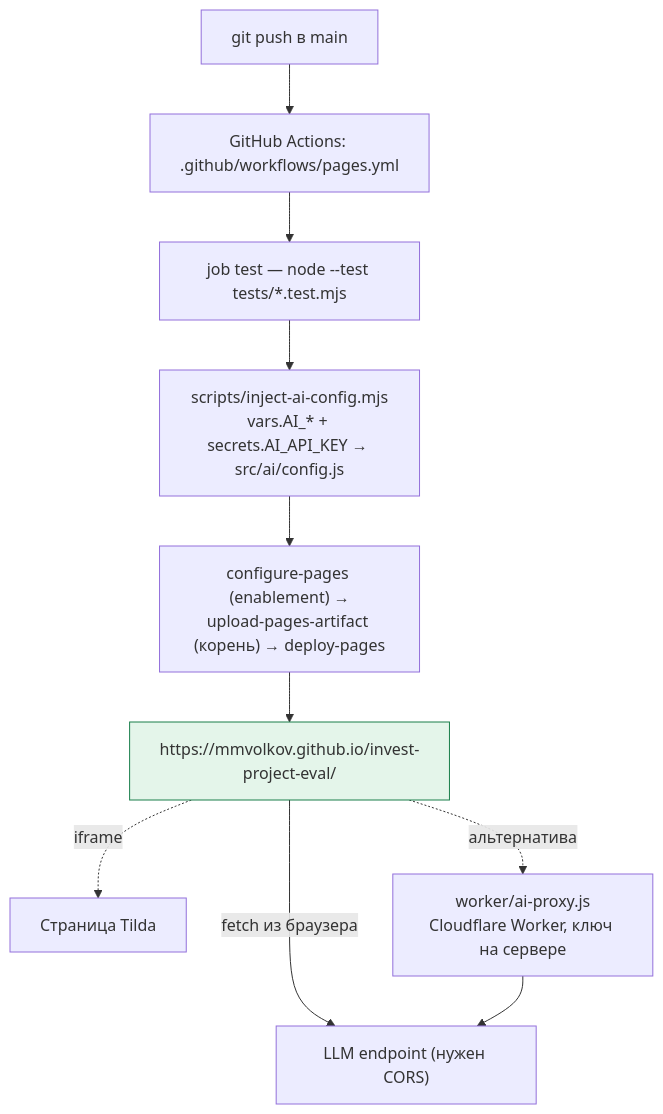
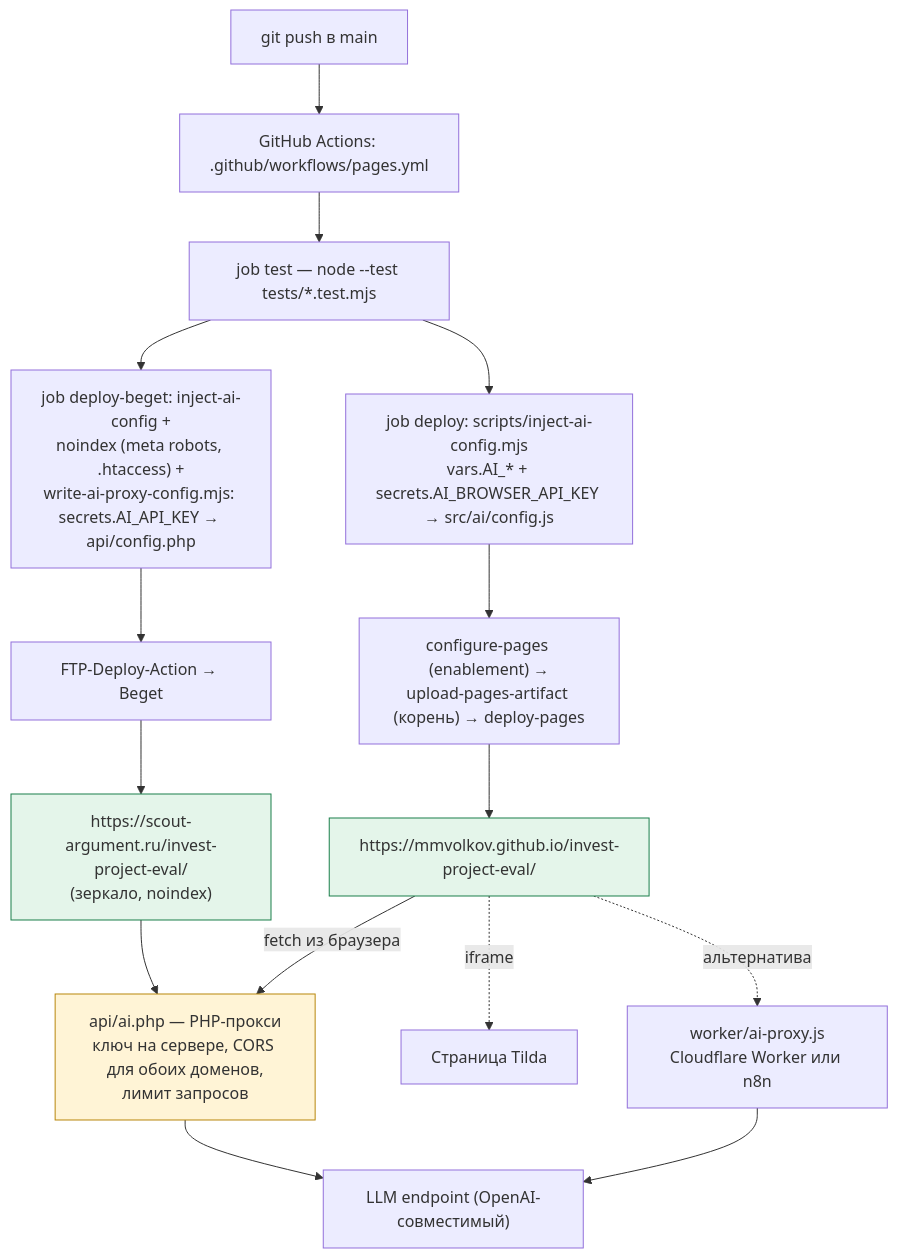
One commit to mmvolkov/invest-project-eval changed the diagram in docs/diagrams/t6-deploy.mmd. Above: the diagram before and after it, drawn with Mermaid. The commit also changed 10 other files, not shown here.

First line of the commit message:
Прокси ИИ api/ai.php на хостинге: ключ модели на сервере (#19)

```diff
--- a/docs/diagrams/t6-deploy.mmd
+++ b/docs/diagrams/t6-deploy.mmd
@@ -1,11 +1,18 @@
 flowchart TB
   DEV["git push в main"] --> GA["GitHub Actions: .github/workflows/pages.yml"]
   GA --> T["job test — node --test tests/*.test.mjs"]
-  T --> D1["scripts/inject-ai-config.mjs<br/>vars.AI_* + secrets.AI_API_KEY → src/ai/config.js"]
+  T --> D1["job deploy: scripts/inject-ai-config.mjs<br/>vars.AI_* + secrets.AI_BROWSER_API_KEY → src/ai/config.js"]
   D1 --> D2["configure-pages (enablement) →<br/>upload-pages-artifact (корень) → deploy-pages"]
   D2 --> SITE["https://mmvolkov.github.io/invest-project-eval/"]
+  T --> B1["job deploy-beget: inject-ai-config +<br/>noindex (meta robots, .htaccess) +<br/>write-ai-proxy-config.mjs: secrets.AI_API_KEY → api/config.php"]
+  B1 --> B2["FTP-Deploy-Action → Beget"]
+  B2 --> MIRROR["https://scout-argument.ru/invest-project-eval/<br/>(зеркало, noindex)"]
+  MIRROR --> PHP["api/ai.php — PHP-прокси<br/>ключ на сервере, CORS для обоих доменов,<br/>лимит запросов"]
+  SITE -->|"fetch из браузера"| PHP
+  PHP --> LLM["LLM endpoint (OpenAI-совместимый)"]
   SITE -.->|"iframe"| TILDA["Страница Tilda"]
-  SITE -->|"fetch из браузера"| LLM["LLM endpoint (нужен CORS)"]
-  SITE -.->|"альтернатива"| WK["worker/ai-proxy.js<br/>Cloudflare Worker, ключ на сервере"]
+  SITE -.->|"альтернатива"| WK["worker/ai-proxy.js<br/>Cloudflare Worker или n8n"]
   WK --> LLM
   style SITE fill:#e4f5ea,stroke:#1a7f4b
+  style MIRROR fill:#e4f5ea,stroke:#1a7f4b
+  style PHP fill:#fff4d6,stroke:#b8860b
```
